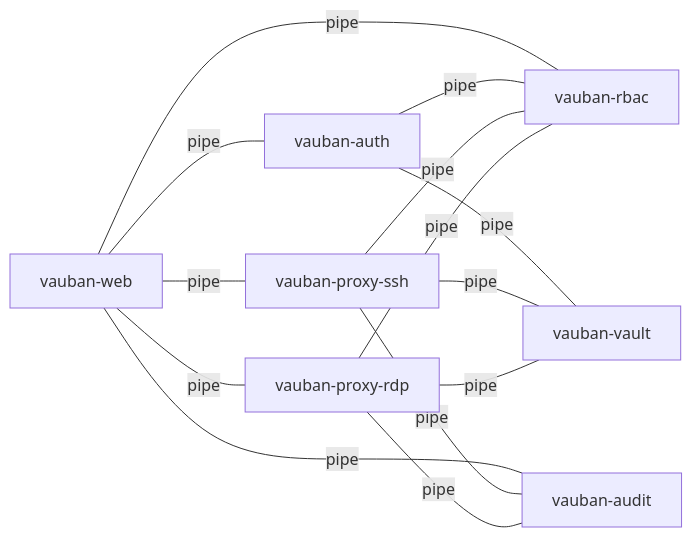
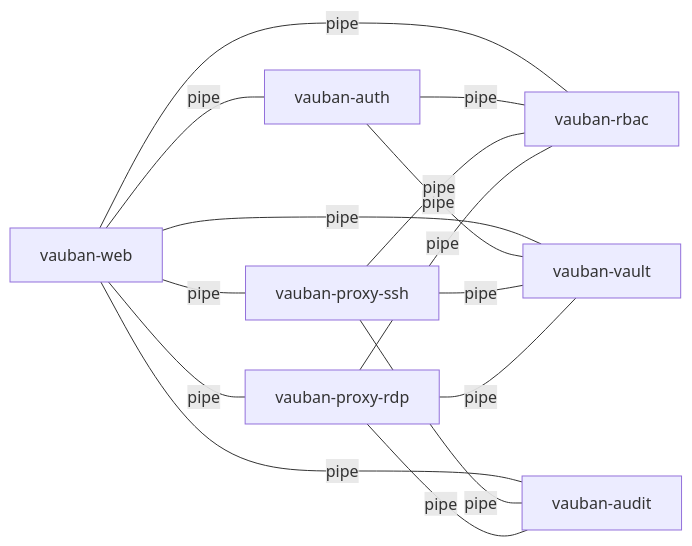
One commit to rbenaley/Vauban changed the second of 11 diagrams in docs/technical/Vauban_Privsep_Architecture_EN(1.1).md. Above: the diagram before and after it, drawn with Mermaid. The commit also changed other lines of this file and 21 other files, not shown here.

````diff
--- a/docs/technical/Vauban_Privsep_Architecture_EN(1.1).md
+++ b/docs/technical/Vauban_Privsep_Architecture_EN(1.1).md
@@ -173,27 +174,28 @@
 ```mermaid
 flowchart LR
     Web[vauban-web]
     Auth[vauban-auth]
     Rbac[vauban-rbac]
     Vault[vauban-vault]
     Audit[vauban-audit]
     SSH[vauban-proxy-ssh]
     RDP[vauban-proxy-rdp]
 
     Web ---|pipe| Auth
     Web ---|pipe| Rbac
     Web ---|pipe| Audit
     Web ---|pipe| SSH
     Web ---|pipe| RDP
+    Web ---|pipe| Vault
 
     Auth ---|pipe| Rbac
     Auth ---|pipe| Vault
 
     SSH ---|pipe| Rbac
     SSH ---|pipe| Vault
     SSH ---|pipe| Audit
 
     RDP ---|pipe| Rbac
     RDP ---|pipe| Vault
     RDP ---|pipe| Audit
 ```
````
